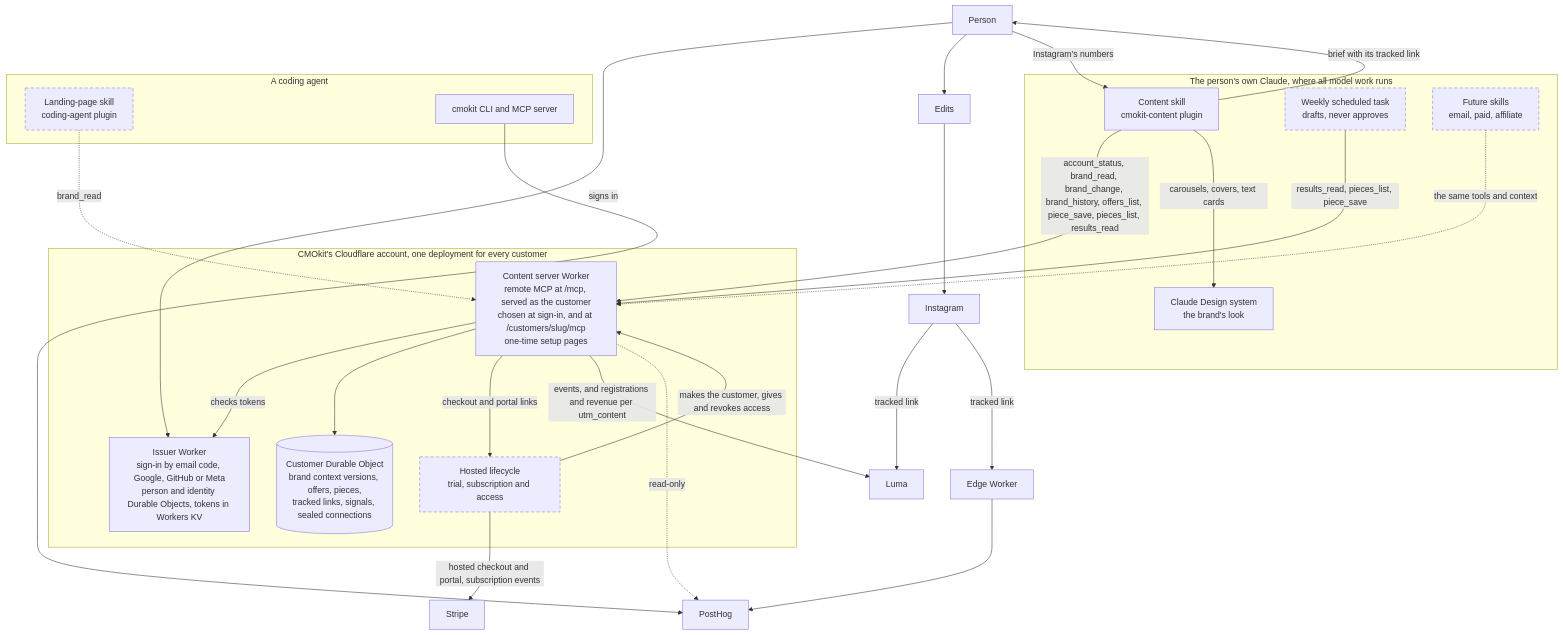
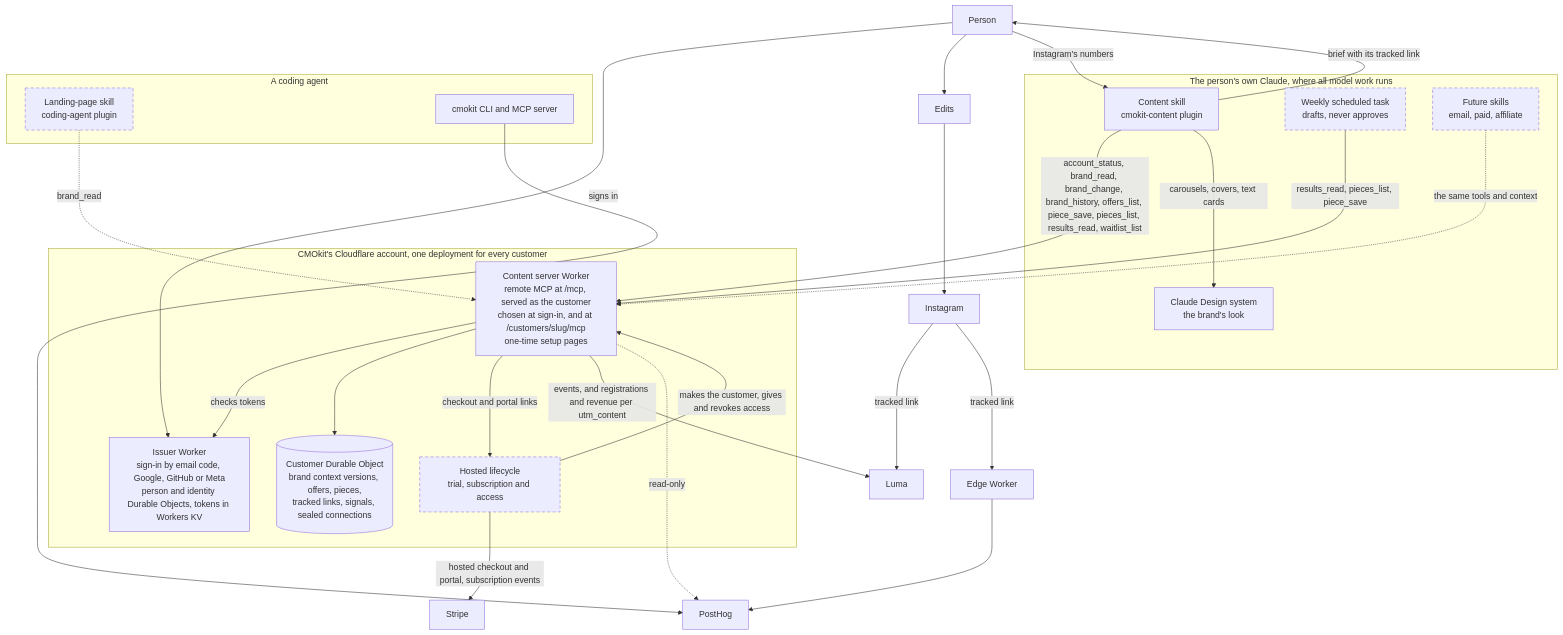
Before and after one commit to cmokit/cmokit: the second of 6 diagrams in docs/explanation/architecture.md, drawn with Mermaid. The commit also changed 4 other files, not shown here.

Commit message:
waitlist_list tool, and say Claude connects only at the hosted address (#48)

````diff
--- a/docs/explanation/architecture.md
+++ b/docs/explanation/architecture.md
@@ -65,54 +65,54 @@
 ```mermaid
 flowchart TB
   person["Person"]
 
   subgraph claude["The person's own Claude, where all model work runs"]
     content["Content skill<br/>cmokit-content plugin"]
     task["Weekly scheduled task<br/>drafts, never approves"]
     design["Claude Design system<br/>the brand's look"]
     future["Future skills<br/>email, paid, affiliate"]
   end
 
   subgraph coding["A coding agent"]
     lp["Landing-page skill<br/>coding-agent plugin"]
     cli["cmokit CLI and MCP server"]
   end
 
   subgraph cf["CMOkit's Cloudflare account, one deployment for every customer"]
     issuer["Issuer Worker<br/>sign-in by email code, Google, GitHub or Meta<br/>person and identity Durable Objects, tokens in Workers KV"]
     server["Content server Worker<br/>remote MCP at /mcp, served as the customer<br/>chosen at sign-in, and at /customers/slug/mcp<br/>one-time setup pages"]
     custdo[("Customer Durable Object<br/>brand context versions, offers, pieces,<br/>tracked links, signals, sealed connections")]
     billing["Hosted lifecycle<br/>trial, subscription and access"]
   end
 
   edge["Edge Worker"]
   luma["Luma"]
   posthog["PostHog"]
   edits["Edits"]
   insta["Instagram"]
   stripe["Stripe"]
 
   person -- "signs in" --> issuer
-  content -- "account_status, brand_read, brand_change, brand_history, offers_list, piece_save, pieces_list, results_read" --> server
+  content -- "account_status, brand_read, brand_change, brand_history, offers_list, piece_save, pieces_list, results_read, waitlist_list" --> server
   task -- "results_read, pieces_list, piece_save" --> server
   lp -. "brand_read" .-> server
   future -. "the same tools and context" .-> server
   server -- "checks tokens" --> issuer
   server --> custdo
   server -- "checkout and portal links" --> billing
   billing -- "makes the customer, gives and revokes access" --> server
   billing -- "hosted checkout and portal, subscription events" --> stripe
   server -- "events, and registrations and revenue per utm_content" --> luma
   server -. "read-only" .-> posthog
   content -- "carousels, covers, text cards" --> design
   content -- "brief with its tracked link" --> person
   person --> edits --> insta
   person -- "Instagram's numbers" --> content
   insta -- "tracked link" --> luma
   insta -- "tracked link" --> edge
   edge --> posthog
   cli --> posthog
 
   classDef designed stroke-dasharray:6 4
   class task,lp,billing,future designed
 ```
````
